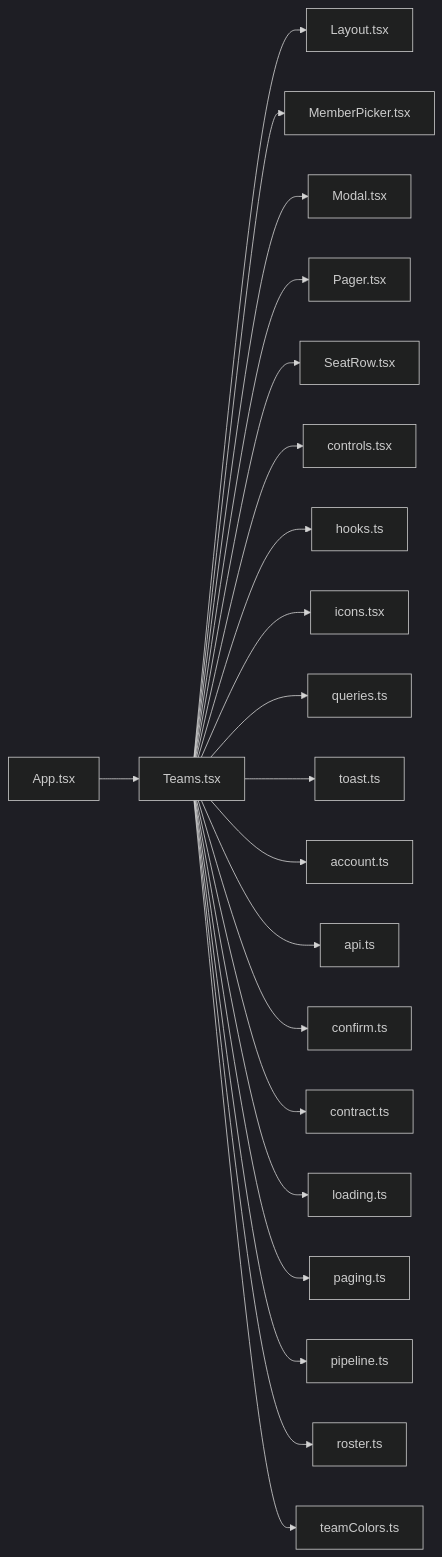
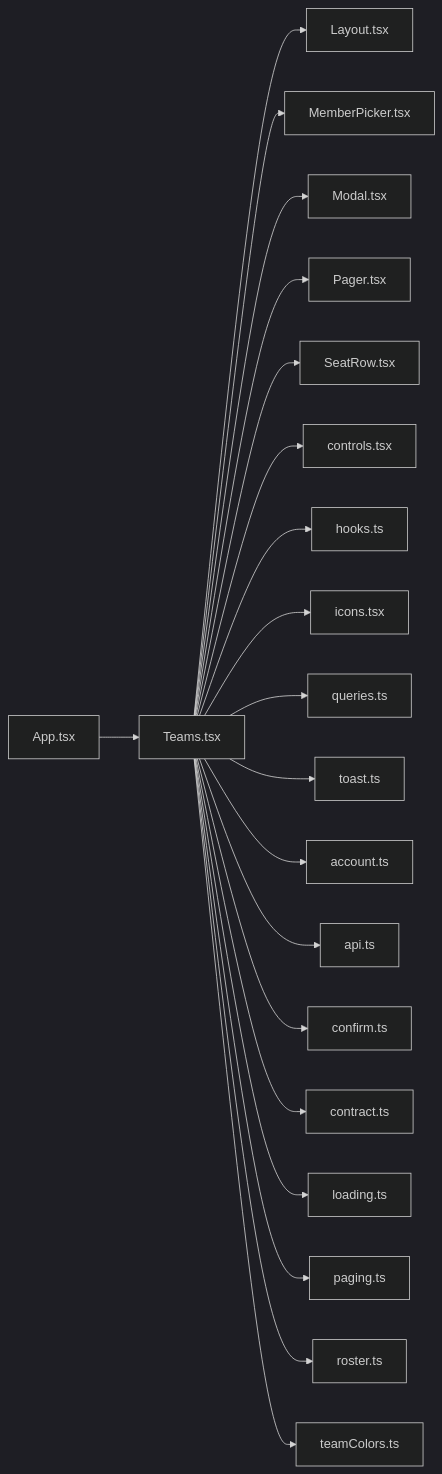
One commit to minkong-dev/Banblit changed the diagram in .cluedoc/graph/frontend/src/routes/Teams.md. Above: the diagram before and after it, drawn with Mermaid (dark theme). The commit also changed other lines of this file and 56 other files, not shown here.

Commit message:
frontend: import pure lib functions from their own files instead of through pipeline

````diff
--- a/.cluedoc/graph/frontend/src/routes/Teams.md
+++ b/.cluedoc/graph/frontend/src/routes/Teams.md
@@ -10,24 +10,23 @@
 ```mermaid
 flowchart LR
   frontend_src_routes_Teams["Teams.tsx"]
   frontend_src_routes_Teams --> frontend_src_components_Layout["Layout.tsx"]
   frontend_src_routes_Teams --> frontend_src_components_MemberPicker["MemberPicker.tsx"]
   frontend_src_routes_Teams --> frontend_src_components_Modal["Modal.tsx"]
   frontend_src_routes_Teams --> frontend_src_components_Pager["Pager.tsx"]
   frontend_src_routes_Teams --> frontend_src_components_SeatRow["SeatRow.tsx"]
   frontend_src_routes_Teams --> frontend_src_components_controls["controls.tsx"]
   frontend_src_routes_Teams --> frontend_src_components_hooks["hooks.ts"]
   frontend_src_routes_Teams --> frontend_src_components_icons["icons.tsx"]
   frontend_src_routes_Teams --> frontend_src_components_queries["queries.ts"]
   frontend_src_routes_Teams --> frontend_src_components_toast["toast.ts"]
   frontend_src_routes_Teams --> frontend_src_lib_account["account.ts"]
   frontend_src_routes_Teams --> frontend_src_lib_api["api.ts"]
   frontend_src_routes_Teams --> frontend_src_lib_confirm["confirm.ts"]
   frontend_src_routes_Teams --> frontend_src_lib_contract["contract.ts"]
   frontend_src_routes_Teams --> frontend_src_lib_loading["loading.ts"]
   frontend_src_routes_Teams --> frontend_src_lib_paging["paging.ts"]
-  frontend_src_routes_Teams --> frontend_src_lib_pipeline["pipeline.ts"]
   frontend_src_routes_Teams --> frontend_src_lib_roster["roster.ts"]
   frontend_src_routes_Teams --> frontend_src_lib_teamColors["teamColors.ts"]
   frontend_src_App["App.tsx"] --> frontend_src_routes_Teams
 ```
````
